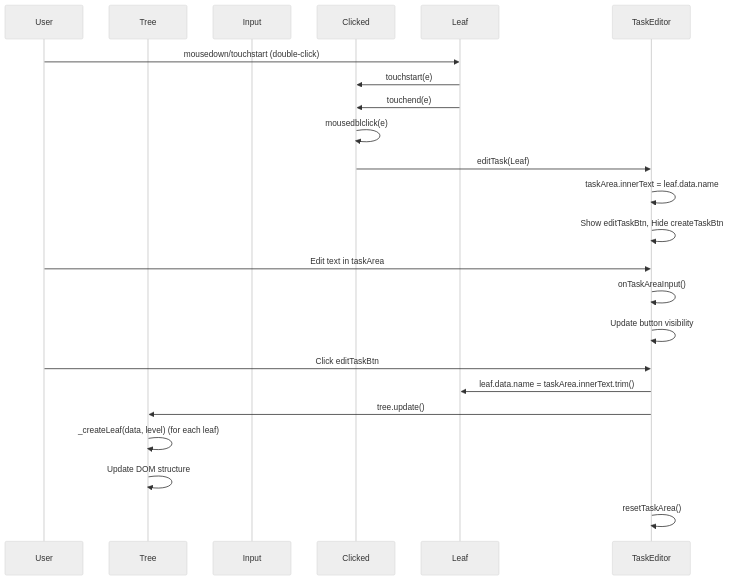
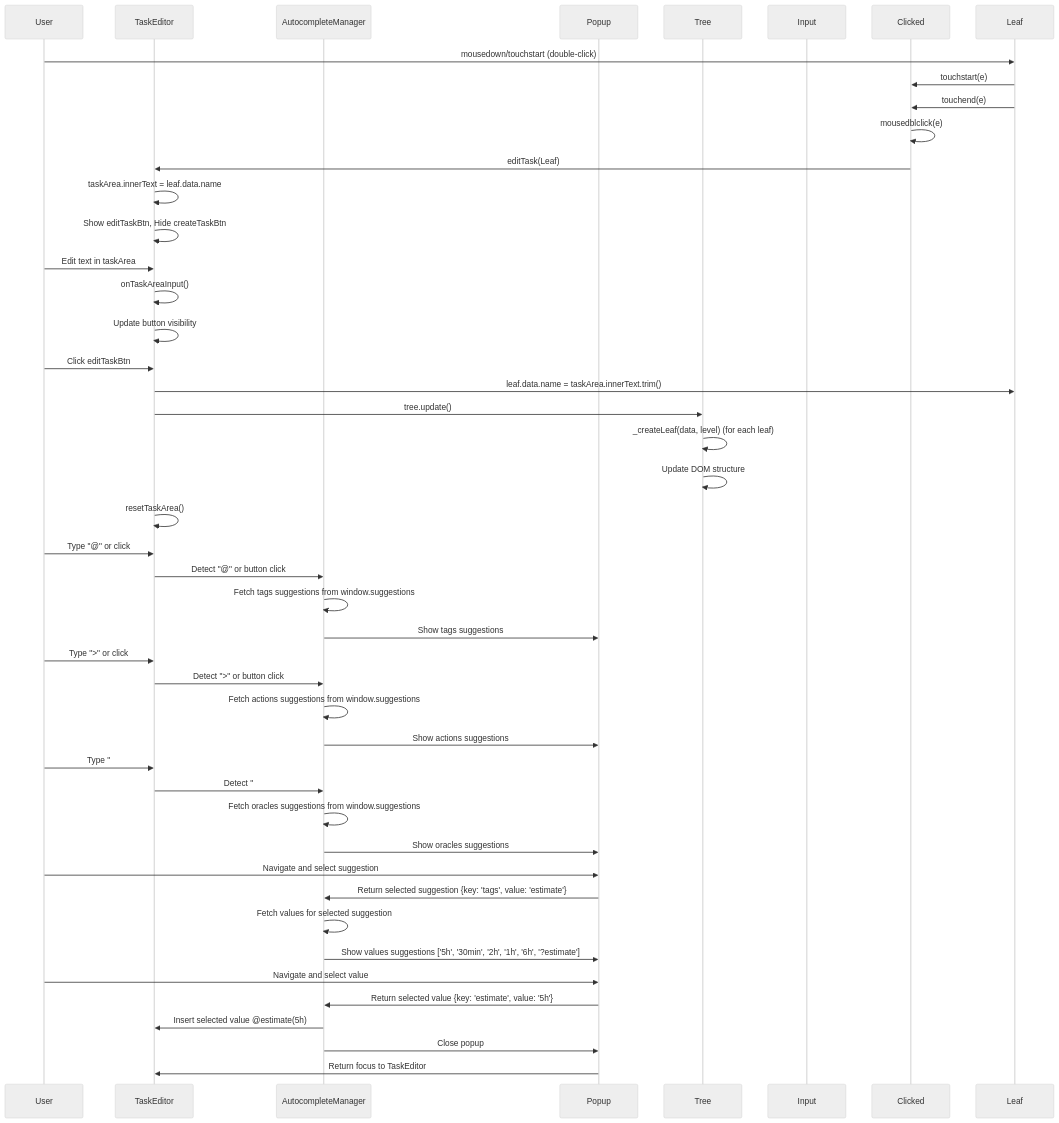
Before and after one commit to alexut/taskape-editor: the first of 2 diagrams in README.md, drawn with Mermaid (neutral theme). The commit also changed other lines of this file and 15 other files, not shown here.

````diff
--- a/README.md
+++ b/README.md
@@ -9,28 +9,56 @@
 ```mermaid
 sequenceDiagram
     participant User
+    participant TaskEditor
+    participant AutocompleteManager
+    participant Popup
     participant Tree
     participant Input
     participant Clicked
     participant Leaf
-    participant TaskEditor
 
     User->>Leaf: mousedown/touchstart (double-click)
     Leaf->>Clicked: touchstart(e)
     Leaf->>Clicked: touchend(e)
     Clicked->>Clicked: mousedblclick(e)
     Clicked->>TaskEditor: editTask(Leaf)
     TaskEditor->>TaskEditor: taskArea.innerText = leaf.data.name
     TaskEditor->>TaskEditor: Show editTaskBtn, Hide createTaskBtn
 
     User->>TaskEditor: Edit text in taskArea
     TaskEditor->>TaskEditor: onTaskAreaInput()
     TaskEditor->>TaskEditor: Update button visibility
 
     User->>TaskEditor: Click editTaskBtn
     TaskEditor->>Leaf: leaf.data.name = taskArea.innerText.trim()
     TaskEditor->>Tree: tree.update()
     Tree->>Tree: _createLeaf(data, level) (for each leaf)
     Tree->>Tree: Update DOM structure
     TaskEditor->>TaskEditor: resetTaskArea()
+
+    User->>TaskEditor: Type "@" or click #addTags
+    TaskEditor->>AutocompleteManager: Detect "@" or button click
+    AutocompleteManager->>AutocompleteManager: Fetch tags suggestions from window.suggestions
+    AutocompleteManager->>Popup: Show tags suggestions
+
+    User->>TaskEditor: Type ">" or click #addActions
+    TaskEditor->>AutocompleteManager: Detect ">" or button click
+    AutocompleteManager->>AutocompleteManager: Fetch actions suggestions from window.suggestions
+    AutocompleteManager->>Popup: Show actions suggestions
+
+    User->>TaskEditor: Type "#" or click #addOracles
+    TaskEditor->>AutocompleteManager: Detect "#" or button click
+    AutocompleteManager->>AutocompleteManager: Fetch oracles suggestions from window.suggestions
+    AutocompleteManager->>Popup: Show oracles suggestions
+
+    User->>Popup: Navigate and select suggestion
+    Popup->>AutocompleteManager: Return selected suggestion {key: 'tags', value: 'estimate'}
+    AutocompleteManager->>AutocompleteManager: Fetch values for selected suggestion
+    AutocompleteManager->>Popup: Show values suggestions ['5h', '30min', '2h', '1h', '6h', '?estimate']
+
+    User->>Popup: Navigate and select value
+    Popup->>AutocompleteManager: Return selected value {key: 'estimate', value: '5h'}
+    AutocompleteManager->>TaskEditor: Insert selected value @estimate(5h)
+    AutocompleteManager->>Popup: Close popup
+    Popup->>TaskEditor: Return focus to TaskEditor
 ```
````
